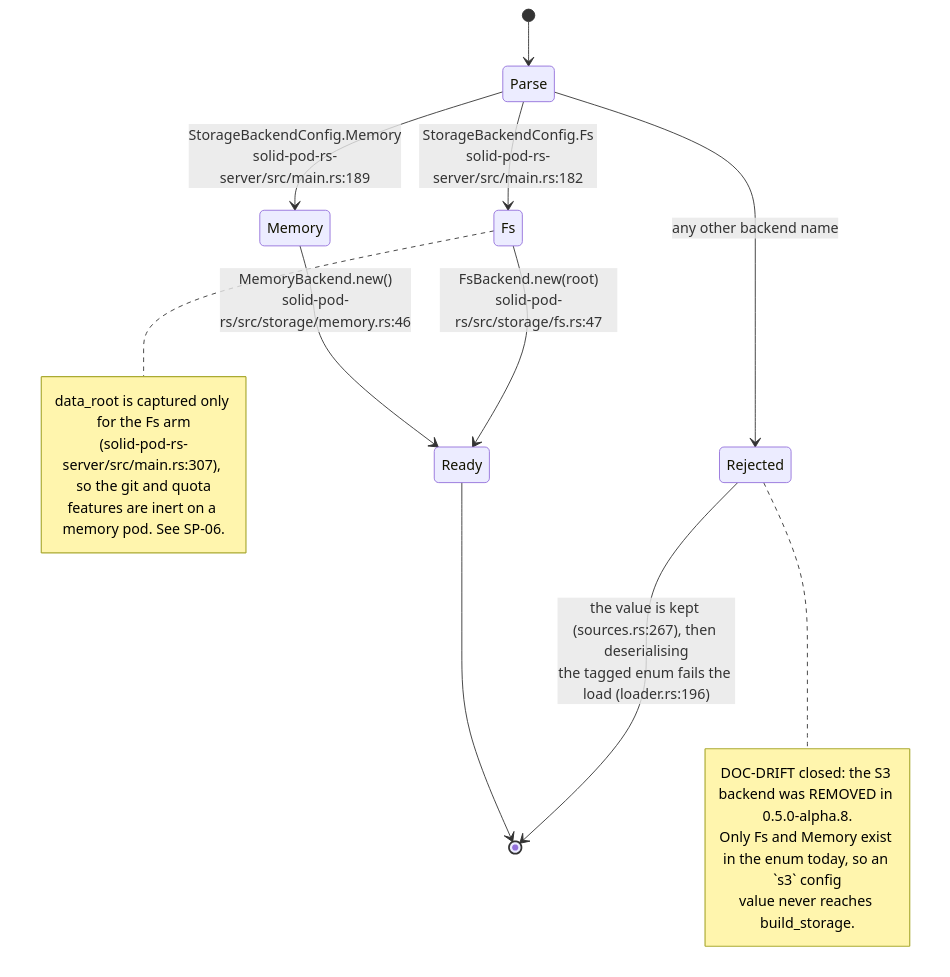
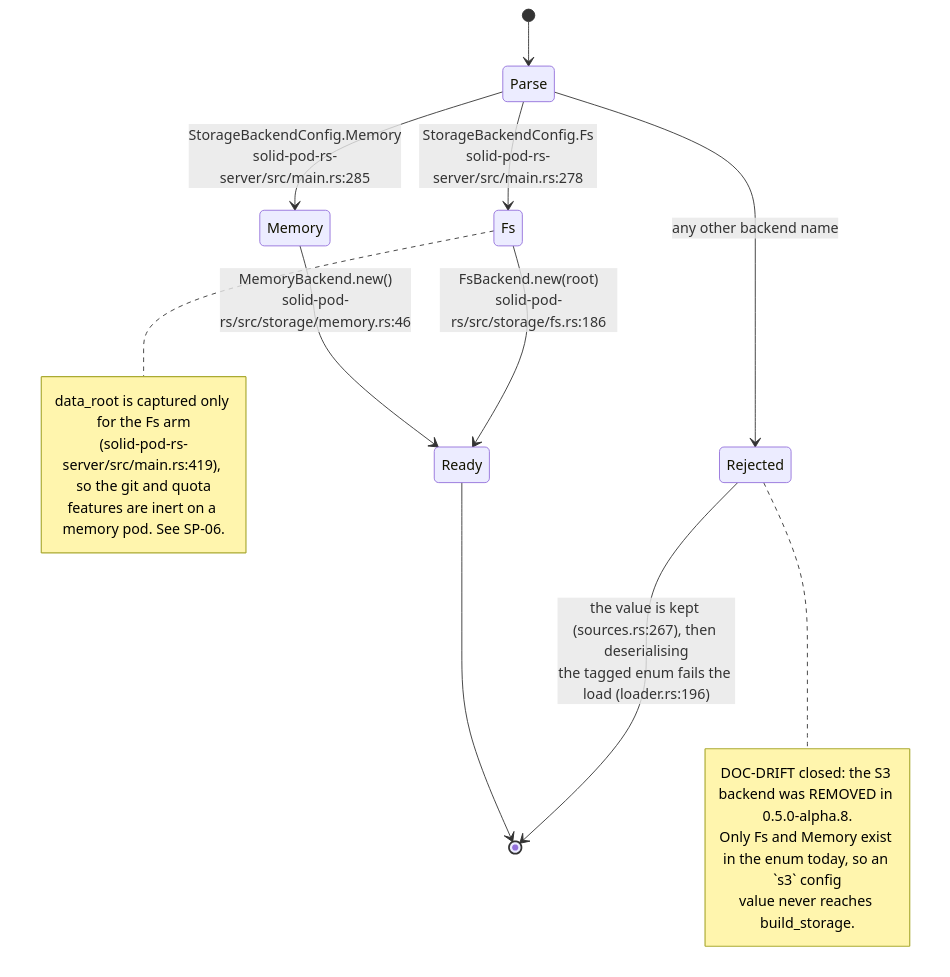
Before and after one commit to DreamLab-AI/VisionFlow: the fifth of 12 diagrams in docs/diagrams/solid-pod-rs/02-server-boot-and-routes.md, drawn with Mermaid. The commit also changed other lines of this file and 1 other file, not shown here.

First line of the commit message:
docs(diagrams): SP-02, SP-06 re-verified at solid-pod-rs a28a748

````diff
--- a/docs/diagrams/solid-pod-rs/02-server-boot-and-routes.md
+++ b/docs/diagrams/solid-pod-rs/02-server-boot-and-routes.md
@@ -155,24 +196,24 @@
 ```mermaid
 stateDiagram-v2
     [*] --> Parse
-    Parse --> Fs: StorageBackendConfig.Fs<br/>solid-pod-rs-server/src/main.rs:182
-    Parse --> Memory: StorageBackendConfig.Memory<br/>solid-pod-rs-server/src/main.rs:189
+    Parse --> Fs: StorageBackendConfig.Fs<br/>solid-pod-rs-server/src/main.rs:278
+    Parse --> Memory: StorageBackendConfig.Memory<br/>solid-pod-rs-server/src/main.rs:285
     Parse --> Rejected: any other backend name
 
-    Fs --> Ready: FsBackend.new(root)<br/>solid-pod-rs/src/storage/fs.rs:47
+    Fs --> Ready: FsBackend.new(root)<br/>solid-pod-rs/src/storage/fs.rs:186
     Memory --> Ready: MemoryBackend.new()<br/>solid-pod-rs/src/storage/memory.rs:46
     Rejected --> [*]: the value is kept (sources.rs:267), then deserialising<br/>the tagged enum fails the load (loader.rs:196)
 
     Ready --> [*]
 
     note right of Rejected
       DOC-DRIFT closed: the S3 backend was REMOVED in 0.5.0-alpha.8.
       Only Fs and Memory exist in the enum today, so an `s3` config
       value never reaches build_storage.
     end note
     note right of Fs
       data_root is captured only for the Fs arm
-      (solid-pod-rs-server/src/main.rs:307), so the git and quota
+      (solid-pod-rs-server/src/main.rs:419), so the git and quota
       features are inert on a memory pod. See SP-06.
     end note
 ```
````
